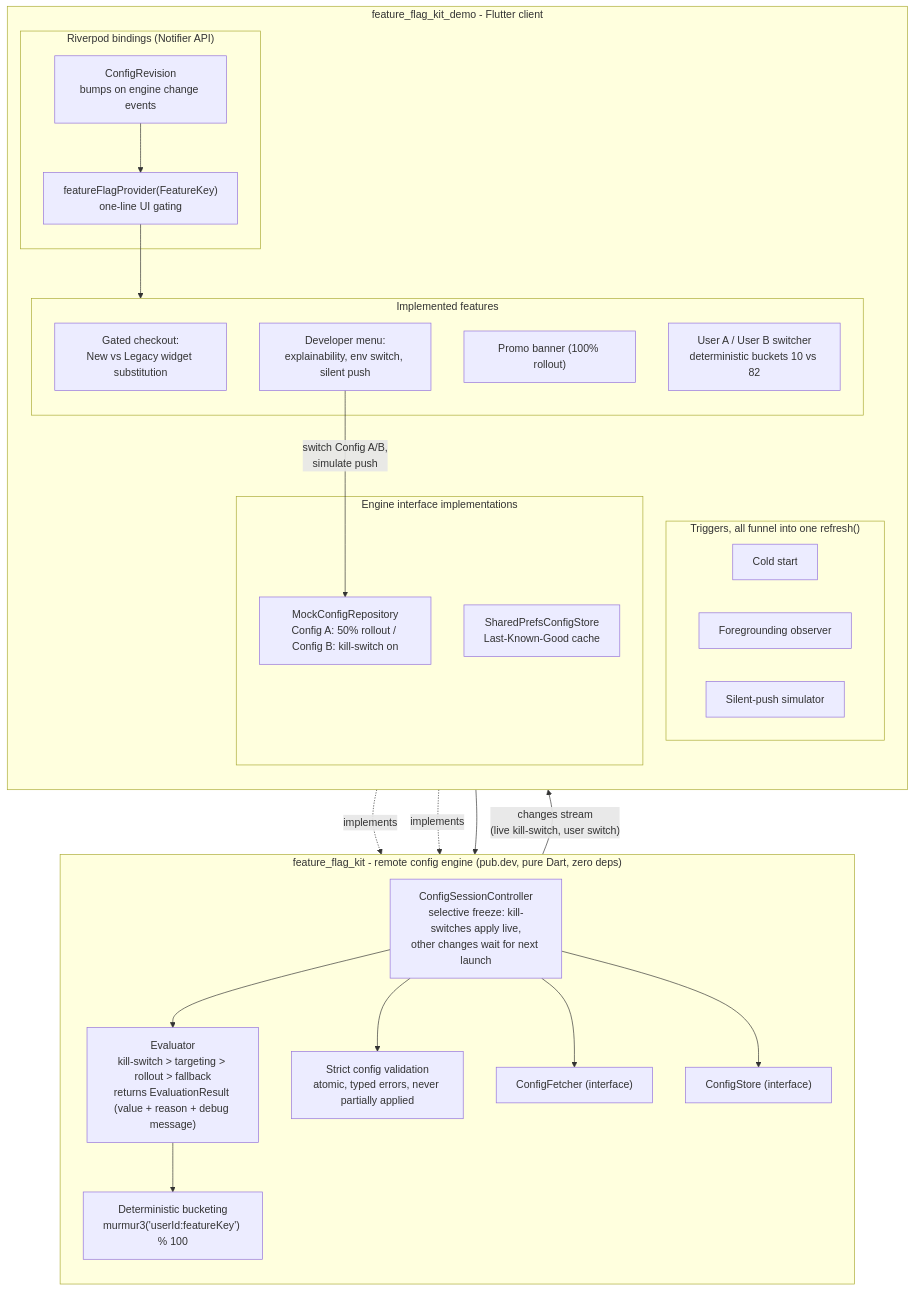
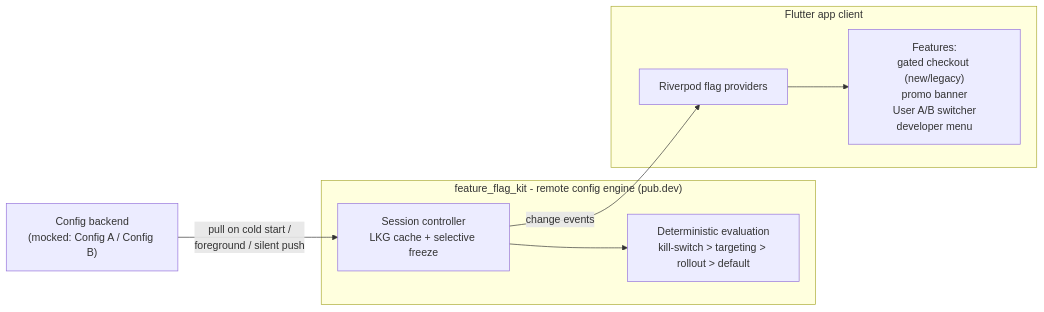
One commit to Dakshita0310/feature_flag_kit_demo changed the diagram in README.md. Above: the diagram before and after it, drawn with Mermaid. The commit also changed other lines of this file, not shown here.

Commit message:
docs: simplify architecture diagram with brief key decisions

````diff
--- a/README.md
+++ b/README.md
@@ -109,46 +109,15 @@
 ```mermaid
-flowchart TB
-    subgraph engine["feature_flag_kit - remote config engine (pub.dev, pure Dart, zero deps)"]
-        direction TB
-        EV["Evaluator<br/>kill-switch &gt; targeting &gt; rollout &gt; fallback<br/>returns EvaluationResult (value + reason + debug message)"]
-        MH["Deterministic bucketing<br/>murmur3('userId:featureKey') % 100"]
-        VAL["Strict config validation<br/>atomic, typed errors, never partially applied"]
-        SC["ConfigSessionController<br/>selective freeze: kill-switches apply live,<br/>other changes wait for next launch"]
-        FI["ConfigFetcher (interface)"]
-        SI["ConfigStore (interface)"]
-        SC --> EV --> MH
-        SC --> VAL
-        SC --> FI
-        SC --> SI
+flowchart LR
+    B["Config backend<br/>(mocked: Config A / Config B)"]
+    subgraph engine["feature_flag_kit - remote config engine (pub.dev)"]
+        E["Deterministic evaluation<br/>kill-switch > targeting > rollout > default"]
+        C["Session controller<br/>LKG cache + selective freeze"]
     end
-
-    subgraph app["feature_flag_kit_demo - Flutter client"]
-        direction TB
-        subgraph impls["Engine interface implementations"]
-            MOCK["MockConfigRepository<br/>Config A: 50% rollout / Config B: kill-switch on"]
-            PREFS["SharedPrefsConfigStore<br/>Last-Known-Good cache"]
-        end
-        subgraph trig["Triggers, all funnel into one refresh()"]
-            T1["Cold start"]
-            T2["Foregrounding observer"]
-            T3["Silent-push simulator"]
-        end
-        subgraph riv["Riverpod bindings (Notifier API)"]
-            REV["ConfigRevision<br/>bumps on engine change events"]
-            FFP["featureFlagProvider(FeatureKey)<br/>one-line UI gating"]
-        end
-        subgraph feat["Implemented features"]
-            F1["Gated checkout:<br/>New vs Legacy widget substitution"]
-            F2["Promo banner (100% rollout)"]
-            F3["User A / User B switcher<br/>deterministic buckets 10 vs 82"]
-            F4["Developer menu:<br/>explainability, env switch, silent push"]
-        end
+    subgraph app["Flutter app client"]
+        R["Riverpod flag providers"]
+        F["Features:<br/>gated checkout (new/legacy)<br/>promo banner<br/>User A/B switcher<br/>developer menu"]
     end
-
-    MOCK -. implements .-> FI
-    PREFS -. implements .-> SI
-    trig --> SC
-    SC -- "changes stream<br/>(live kill-switch, user switch)" --> REV
-    REV --> FFP --> feat
-    F4 -- "switch Config A/B,<br/>simulate push" --> MOCK
+    B -- "pull on cold start /<br/>foreground / silent push" --> C
+    C --> E
+    C -- "change events" --> R --> F
 ```
````
